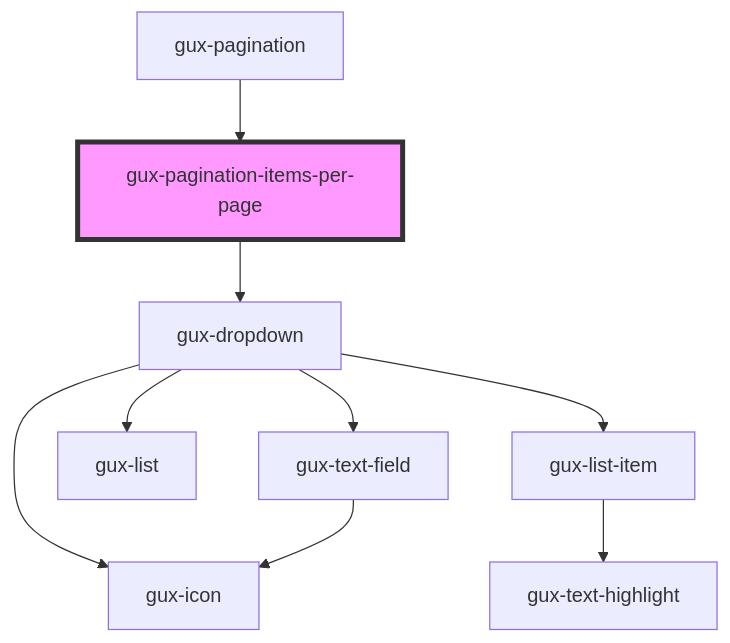
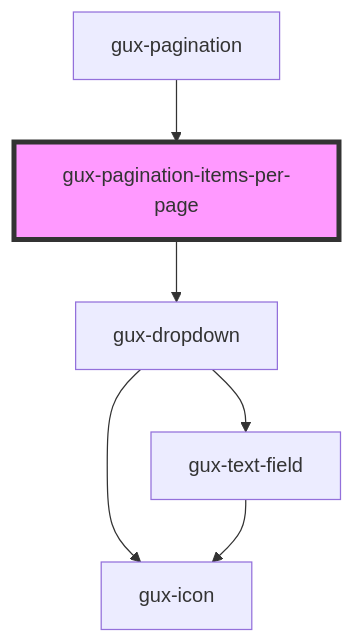
Before and after one commit to MyPureCloud/genesys-spark: the diagram in src/components/gux-pagination/items-per-page/readme.md, drawn with Mermaid. The commit also changed 7 other files, not shown here.

First line of the commit message:
improvement(gux-dropdown): remove reflect to attribute and js list

````diff
--- a/src/components/gux-pagination/items-per-page/readme.md
+++ b/src/components/gux-pagination/items-per-page/readme.md
@@ -49,12 +49,9 @@
 ```mermaid
 graph TD;
   gux-pagination-items-per-page --> gux-dropdown
   gux-dropdown --> gux-text-field
   gux-dropdown --> gux-icon
-  gux-dropdown --> gux-list
-  gux-dropdown --> gux-list-item
   gux-text-field --> gux-icon
-  gux-list-item --> gux-text-highlight
   gux-pagination --> gux-pagination-items-per-page
   style gux-pagination-items-per-page fill:#f9f,stroke:#333,stroke-width:4px
 ```
````
